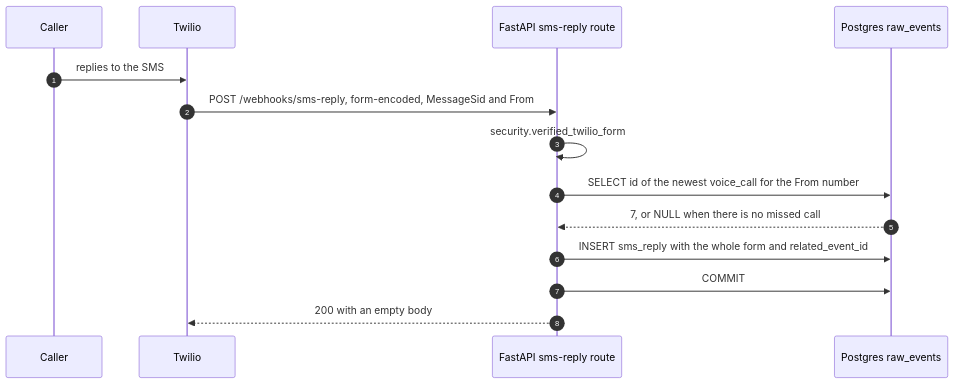
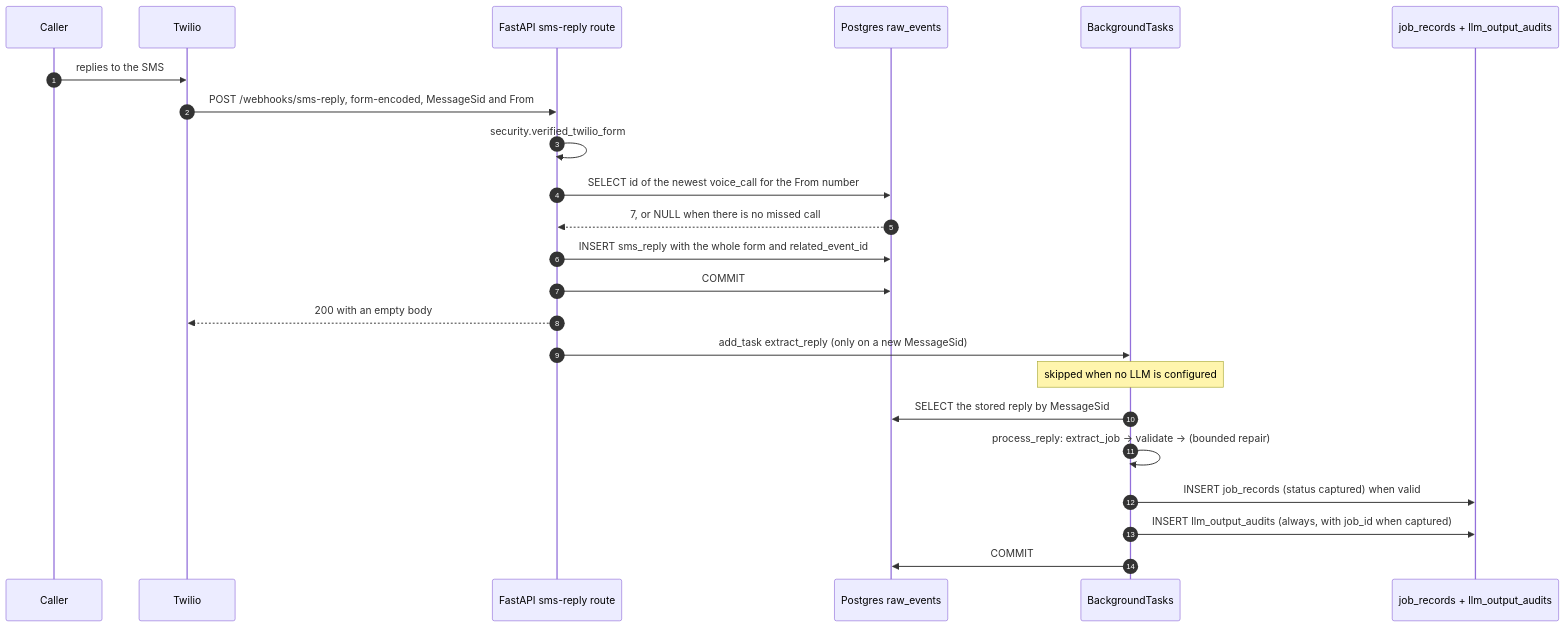
Before and after one commit to Mario8289/agent-ant: the third of 5 diagrams in docs/11-request-flows.md, drawn with Mermaid. The commit also changed other lines of this file and 12 other files, not shown here.

Commit message:
feat: persist extracted jobs and wire extraction into the reply flow (#81)

````diff
--- a/docs/11-request-flows.md
+++ b/docs/11-request-flows.md
@@ -162,17 +163,26 @@
 ```mermaid
 sequenceDiagram
     autonumber
     participant C as Caller
     participant T as Twilio
     participant A as FastAPI sms-reply route
     participant DB as Postgres raw_events
+    participant BG as BackgroundTasks
+    participant JR as job_records + llm_output_audits
 
     C->>T: replies to the SMS
     T->>A: POST /webhooks/sms-reply, form-encoded, MessageSid and From
     A->>A: security.verified_twilio_form
     A->>DB: SELECT id of the newest voice_call for the From number
     DB-->>A: 7, or NULL when there is no missed call
     A->>DB: INSERT sms_reply with the whole form and related_event_id
     A->>DB: COMMIT
     A-->>T: 200 with an empty body
+    A->>BG: add_task extract_reply (only on a new MessageSid)
+    Note over BG: skipped when no LLM is configured
+    BG->>DB: SELECT the stored reply by MessageSid
+    BG->>BG: process_reply: extract_job -> validate -> (bounded repair)
+    BG->>JR: INSERT job_records (status captured) when valid
+    BG->>JR: INSERT llm_output_audits (always, with job_id when captured)
+    BG->>DB: COMMIT
 ```
````
